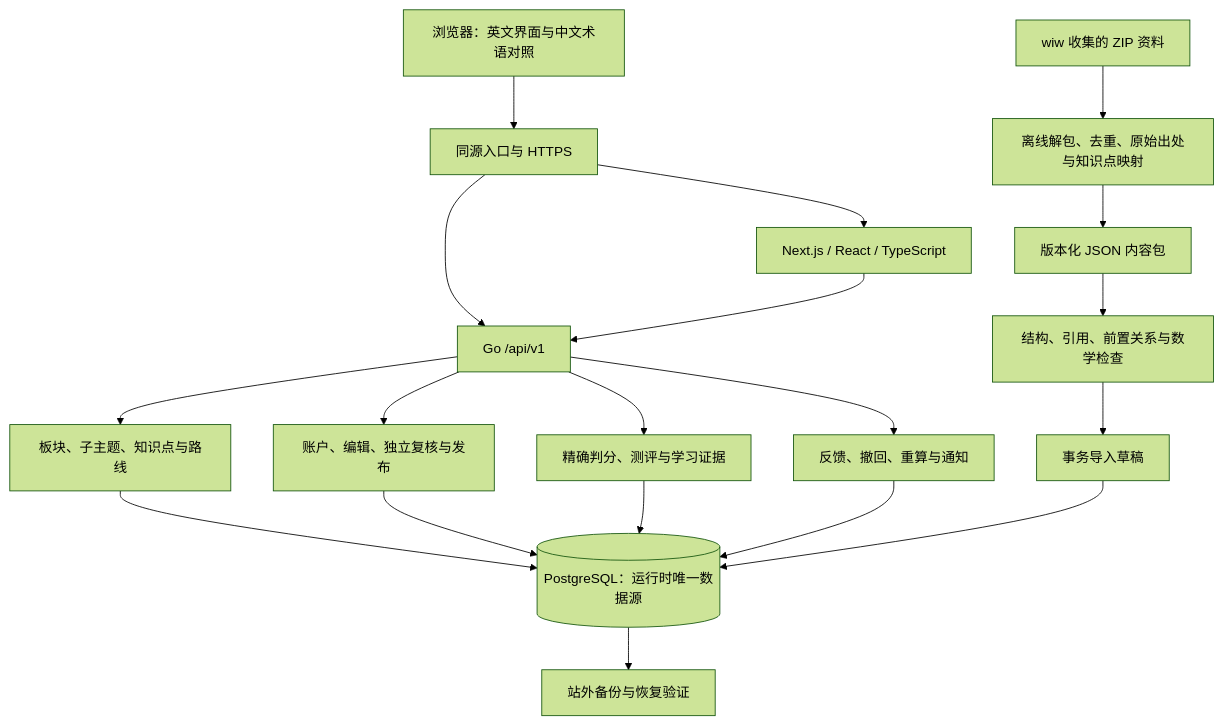
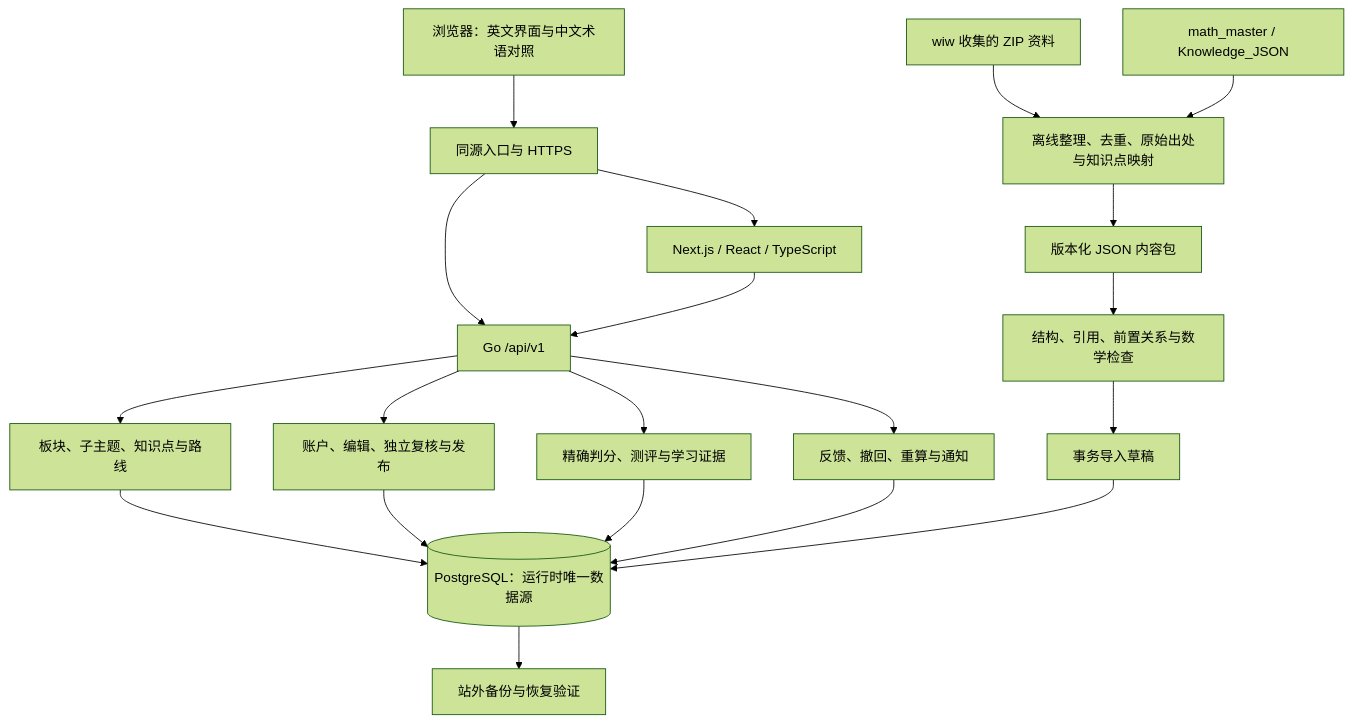
Before and after one commit to yyl1212/math_master: the diagram in docs/superpowers/plans/2026-09-30-development-roadmap.md, drawn with Mermaid (forest theme). The commit also changed other lines of this file and 4 other files, not shown here.

Commit message:
docs: 更新知识点来源至 Knowledge_JSON 子目录

````diff
--- a/docs/superpowers/plans/2026-09-30-development-roadmap.md
+++ b/docs/superpowers/plans/2026-09-30-development-roadmap.md
@@ -31,21 +31,22 @@
 ```mermaid
 flowchart TD
     Browser[浏览器：英文界面与中文术语对照] --> Entry[同源入口与 HTTPS]
     Entry --> Web[Next.js / React / TypeScript]
     Entry --> Go[Go /api/v1]
     Web --> Go
     Go --> Catalogue[板块、子主题、知识点与路线]
     Go --> Review[账户、编辑、独立复核与发布]
     Go --> Assessment[精确判分、测评与学习证据]
     Go --> Correction[反馈、撤回、重算与通知]
     Catalogue --> DB[(PostgreSQL：运行时唯一数据源)]
     Review --> DB
     Assessment --> DB
     Correction --> DB
     Packages[版本化 JSON 内容包] --> Validator[结构、引用、前置关系与数学检查]
-    Archives[wiw 收集的 ZIP 资料] --> Source[离线解包、去重、原始出处与知识点映射]
+    Archives[wiw 收集的 ZIP 资料] --> Source[离线整理、去重、原始出处与知识点映射]
+    KnowledgeFiles[math_master / Knowledge_JSON] --> Source
     Source --> Packages
     Validator --> Draft[事务导入草稿]
     Draft --> DB
     DB --> Backup[站外备份与恢复验证]
 ```
````
